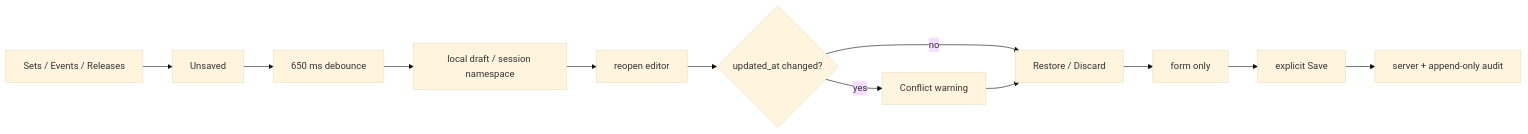
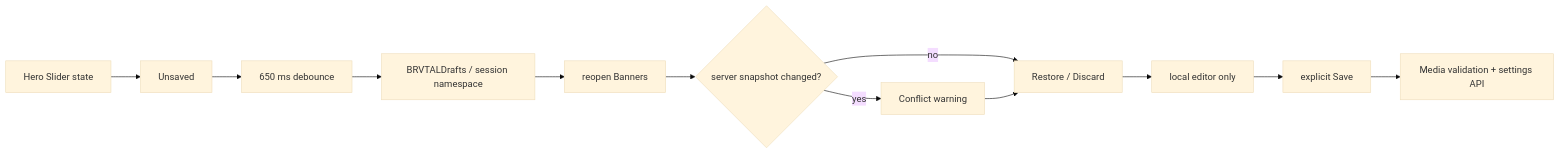
The diagram in README.md (pl0n3r/brvtal), drawn with Mermaid (base theme) before and after one commit. The commit also changed other lines of this file and 5 other files, not shown here.

First line of the commit message:
feat(hero): recoverable local drafts (v0.1.70)

````diff
--- a/README.md
+++ b/README.md
@@ -45,14 +45,14 @@
 ```mermaid
 flowchart LR
-  E["Sets / Events / Releases"] --> U["Unsaved"]
+  H["Hero Slider state"] --> U["Unsaved"]
   U --> D["650 ms debounce"]
-  D --> L["local draft / session namespace"]
-  L --> R["reopen editor"]
-  R --> C{"updated_at changed?"}
+  D --> L["BRVTALDrafts / session namespace"]
+  L --> R["reopen Banners"]
+  R --> C{"server snapshot changed?"}
   C -- no --> X["Restore / Discard"]
   C -- yes --> W["Conflict warning"]
   W --> X
-  X --> F["form only"]
+  X --> F["local editor only"]
   F --> S["explicit Save"]
-  S --> A["server + append-only audit"]
+  S --> M["Media validation + settings API"]
 ```
````
